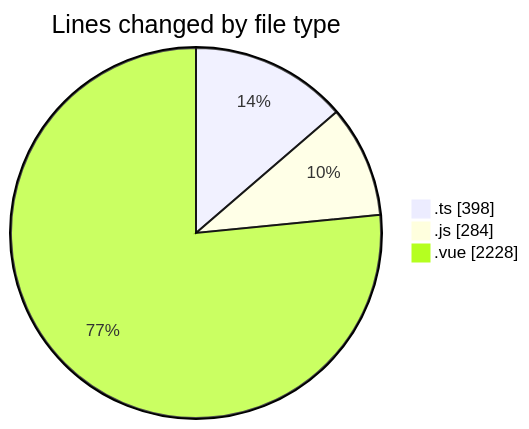
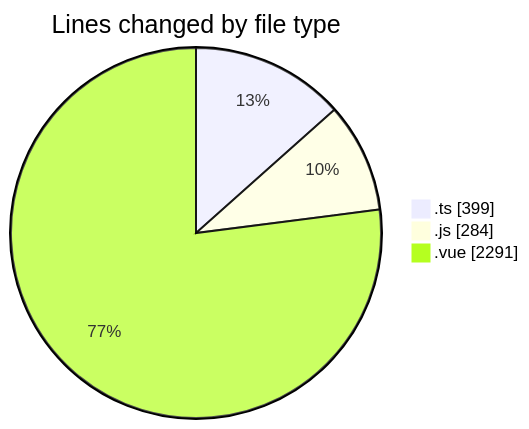
Before and after one commit to lephambinh05/code-tracking: the first of 2 diagrams in 2025-08-16/rentotp/README.md, drawn with Mermaid. The commit also changed other lines of this file and 1 other file, not shown here.

````diff
--- a/2025-08-16/rentotp/README.md
+++ b/2025-08-16/rentotp/README.md
@@ -32,7 +32,7 @@
 ```mermaid
 pie showData
 title Lines changed by file type
-".ts" : 398
+".ts" : 399
 ".js" : 284
-".vue" : 2228
+".vue" : 2291
 ```
````
